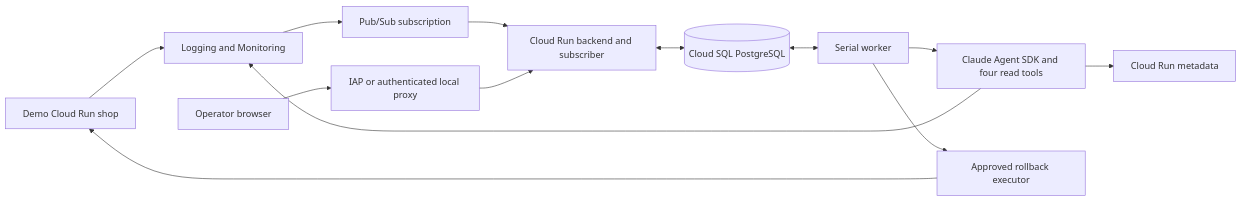
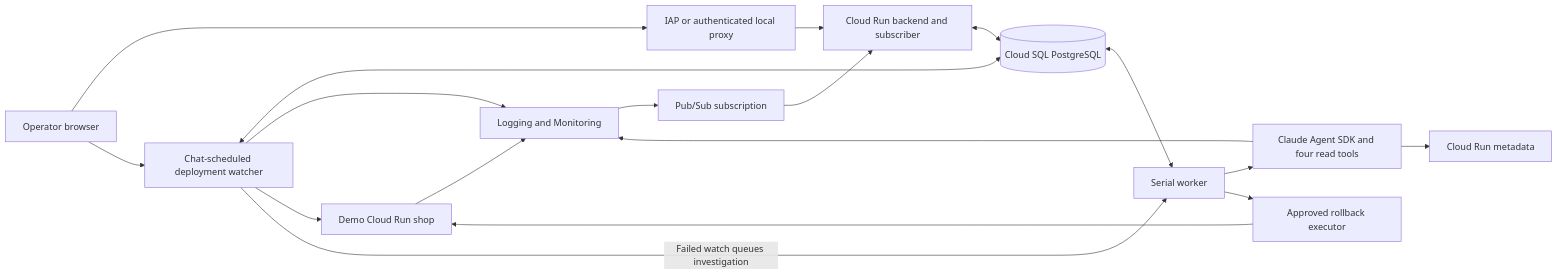
The diagram in ARCHITECTURE.md (ai-developer-community/ai-sre-agent), drawn with Mermaid before and after one commit. The commit also changed other lines of this file and 19 other files, not shown here.

````diff
--- a/ARCHITECTURE.md
+++ b/ARCHITECTURE.md
@@ -11,15 +11,20 @@
 ```mermaid
 flowchart LR
     Shop[Demo Cloud Run shop] --> Monitoring[Logging and Monitoring]
     Monitoring --> PubSub[Pub/Sub subscription]
     PubSub --> Backend[Cloud Run backend and subscriber]
     Operator[Operator browser] --> Access[IAP or authenticated local proxy]
     Access --> Backend
     Backend <--> DB[(Cloud SQL PostgreSQL)]
     DB <--> Worker[Serial worker]
     Worker --> Agent[Claude Agent SDK and four read tools]
     Agent --> Monitoring
     Agent --> Revisions[Cloud Run metadata]
+    Operator --> Watch[Chat-scheduled deployment watcher]
+    Watch <--> DB
+    Watch --> Monitoring
+    Watch --> Shop
+    Watch -->|Failed watch queues investigation| Worker
     Worker --> Executor[Approved rollback executor]
     Executor --> Shop
 ```
````
